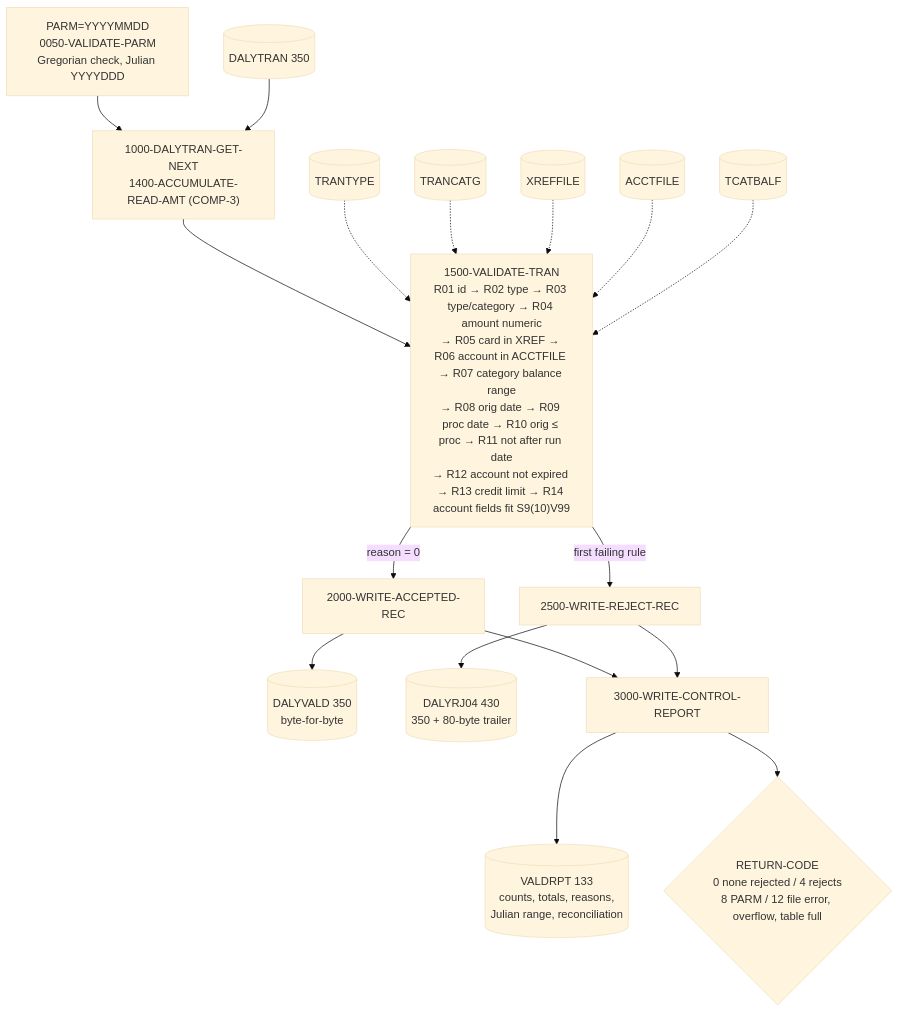
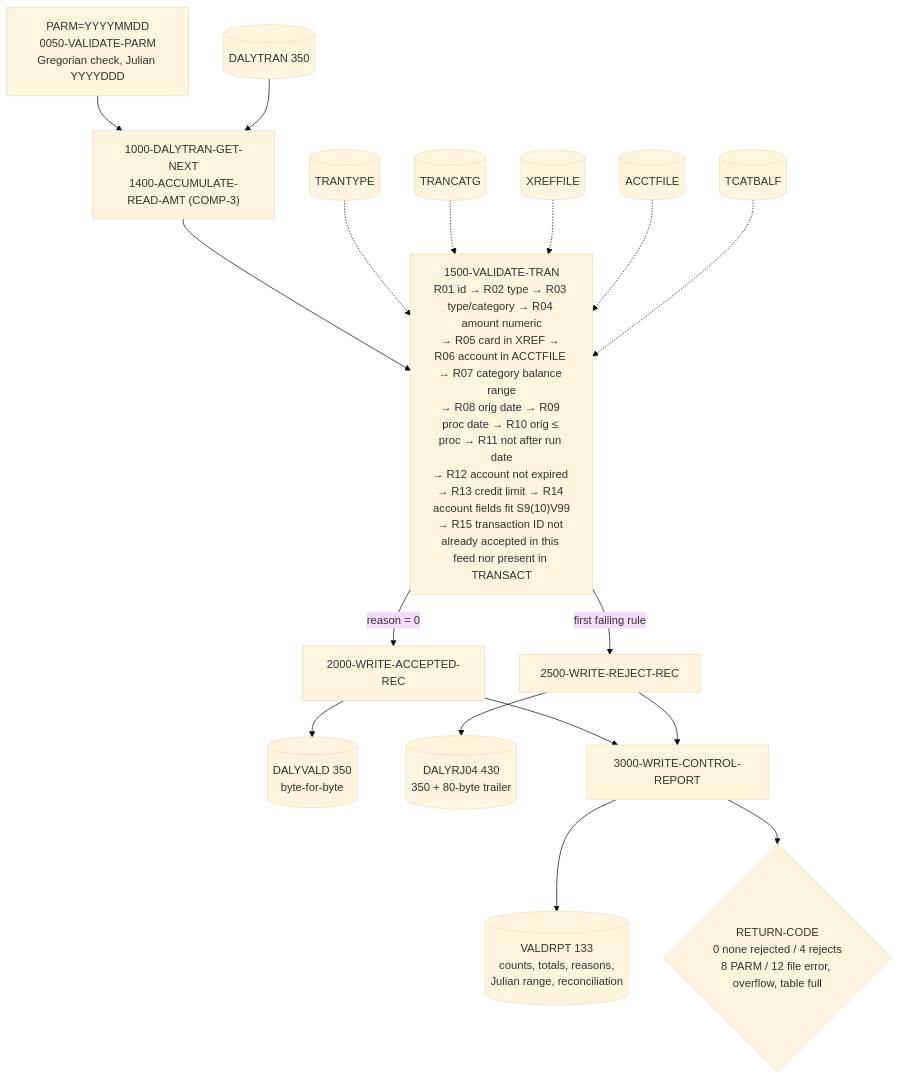
One commit to COG-GTM/aws-mainframe-modernization-carddemo changed the diagram in docs/sustainment/cbtrn04c/change-request.md. Above: the diagram before and after it, drawn with Mermaid (base theme). The commit also changed other lines of this file and 102 other files, not shown here.

````diff
--- a/docs/sustainment/cbtrn04c/change-request.md
+++ b/docs/sustainment/cbtrn04c/change-request.md
@@ -72,17 +82,17 @@
 ```mermaid
 flowchart TD
     P["PARM=YYYYMMDD<br/>0050-VALIDATE-PARM<br/>Gregorian check, Julian YYYYDDD"] --> R
     D[(DALYTRAN 350)] --> R["1000-DALYTRAN-GET-NEXT<br/>1400-ACCUMULATE-READ-AMT (COMP-3)"]
-    R --> V["1500-VALIDATE-TRAN<br/>R01 id → R02 type → R03 type/category → R04 amount numeric<br/>→ R05 card in XREF → R06 account in ACCTFILE → R07 category balance range<br/>→ R08 orig date → R09 proc date → R10 orig ≤ proc → R11 not after run date<br/>→ R12 account not expired → R13 credit limit → R14 account fields fit S9(10)V99"]
+    R --> V["1500-VALIDATE-TRAN<br/>R01 id → R02 type → R03 type/category → R04 amount numeric<br/>→ R05 card in XREF → R06 account in ACCTFILE → R07 category balance range<br/>→ R08 orig date → R09 proc date → R10 orig ≤ proc → R11 not after run date<br/>→ R12 account not expired → R13 credit limit → R14 account fields fit S9(10)V99<br/>→ R15 transaction ID not already accepted in this feed nor present in TRANSACT"]
     T[(TRANTYPE)] -.-> V
     C[(TRANCATG)] -.-> V
     X[(XREFFILE)] -.-> V
     AC[(ACCTFILE)] -.-> V
     B[(TCATBALF)] -.-> V
     V -->|reason = 0| A["2000-WRITE-ACCEPTED-REC"] --> DV[(DALYVALD 350<br/>byte-for-byte)]
     V -->|first failing rule| J["2500-WRITE-REJECT-REC"] --> DJ[(DALYRJ04 430<br/>350 + 80-byte trailer)]
     A --> S["3000-WRITE-CONTROL-REPORT"]
     J --> S
     S --> RP[(VALDRPT 133<br/>counts, totals, reasons,<br/>Julian range, reconciliation)]
     S --> RC{"RETURN-CODE<br/>0 none rejected / 4 rejects<br/>8 PARM / 12 file error, overflow, table full"}
 ```
````
